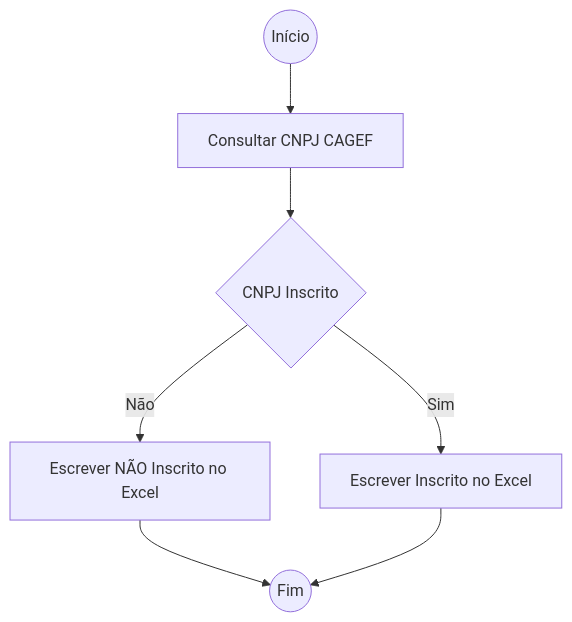
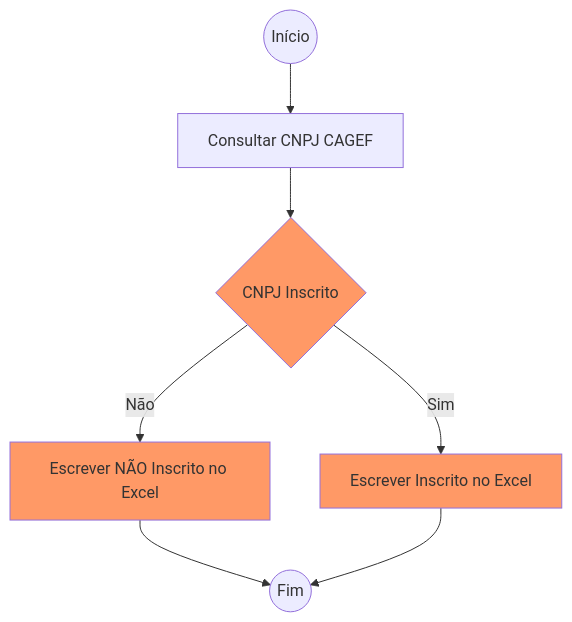
Before and after one commit to lab-mg/automatizacoes: the third of 5 diagrams in docs/blog/posts/20231122_power_automate_ciclo_basico/index.md, drawn with Mermaid. The commit also changed other lines of this file, not shown here.

````diff
--- a/docs/blog/posts/20231122_power_automate_ciclo_basico/index.md
+++ b/docs/blog/posts/20231122_power_automate_ciclo_basico/index.md
@@ -121,11 +127,15 @@
 ```mermaid
 flowchart TD
     1((Início)) --> 2
     2[Consultar CNPJ CAGEF] --> 3
+    3:::conditions
     3{CNPJ Inscrito}
     3-->|Não|4
     3-->|Sim|5
+    4:::conditions
     4[Escrever NÃO Inscrito no Excel] --> 6
+    5:::conditions
     5[Escrever Inscrito no Excel] --> 6
     6((Fim))
+    classDef conditions fill:#f96
 ```
````
